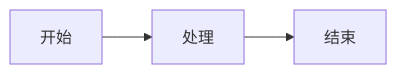
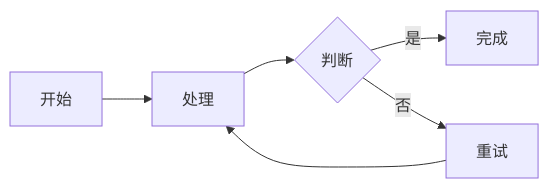
Before and after one commit to FPJack/MarkdownViewKit: the first of 5 diagrams in Example/SwiftMarkdownViewKit/test.md, drawn with Mermaid. The commit also changed other lines of this file and 8 other files, not shown here.

````diff
--- a/Example/SwiftMarkdownViewKit/test.md
+++ b/Example/SwiftMarkdownViewKit/test.md
@@ -61,5 +585,8 @@
 ```mermaid
 flowchart LR
     A[开始] --> B[处理]
-    B --> C[结束]
+    B --> C{判断}
+    C -->|是| D[完成]
+    C -->|否| E[重试]
+    E --> B
 ```
````
